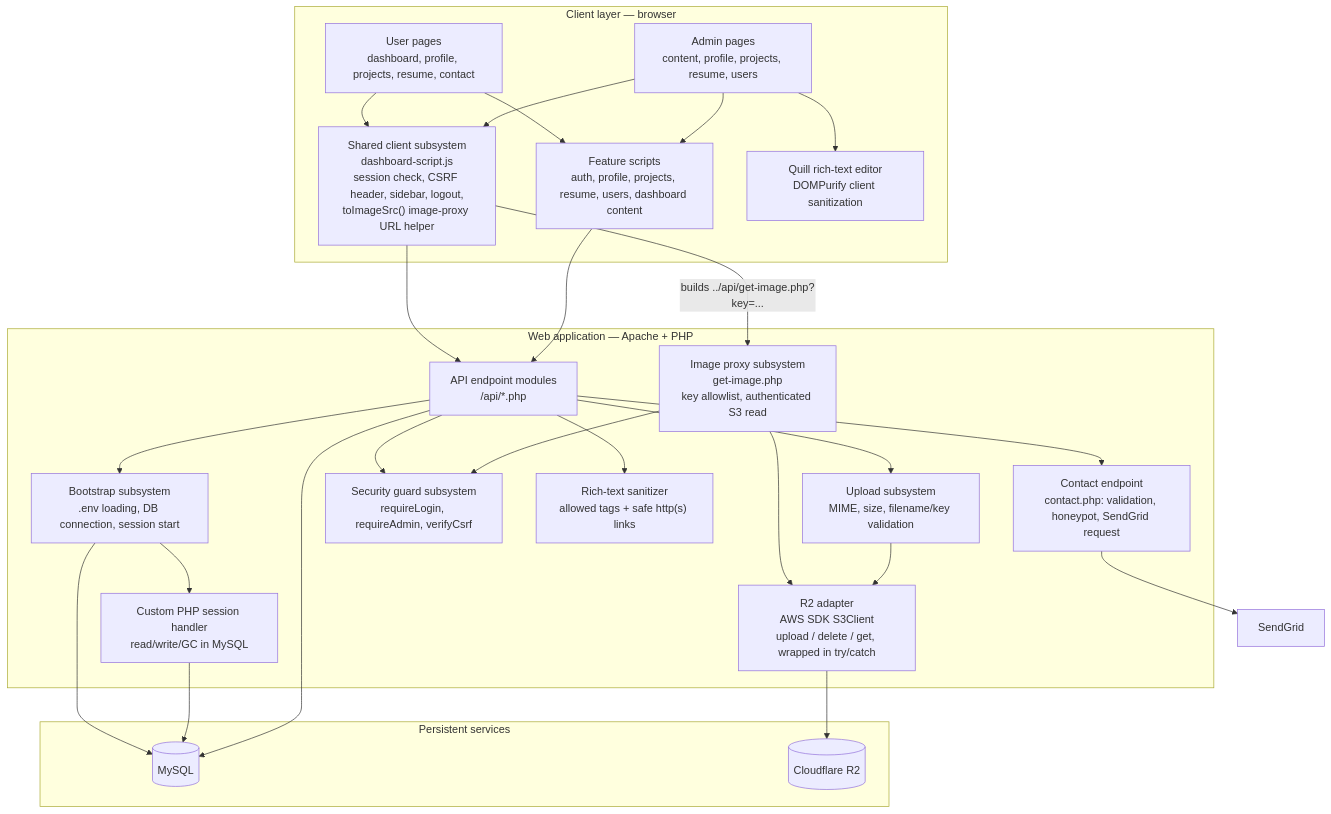
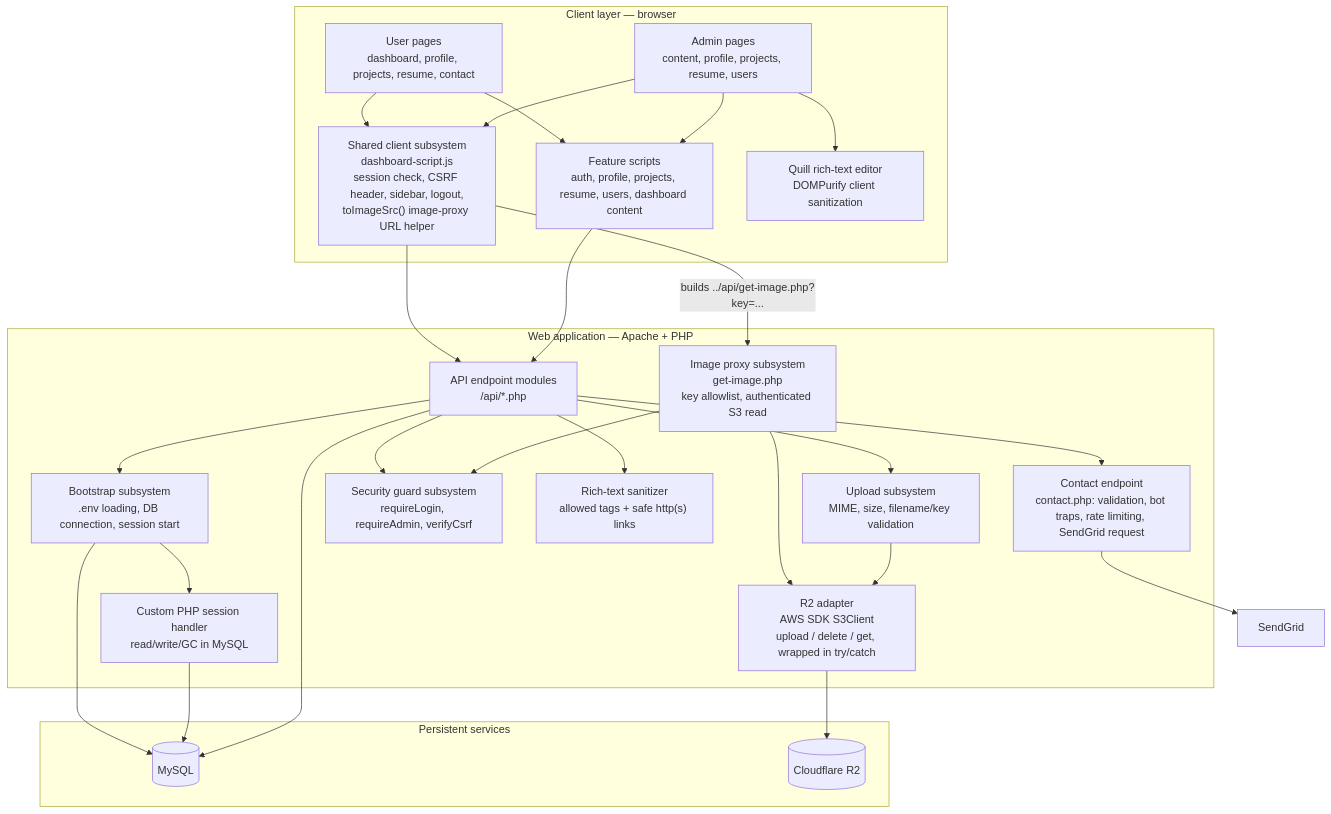
One commit to IntianDayor/login-dashboard-project changed the second of 7 diagrams in SYSTEM_ARCHITECTURE.md. Above: the diagram before and after it, drawn with Mermaid. The commit also changed other lines of this file and 1 other file, not shown here.

````diff
--- a/SYSTEM_ARCHITECTURE.md
+++ b/SYSTEM_ARCHITECTURE.md
@@ -36,50 +36,50 @@
 ```mermaid
 flowchart TB
     subgraph Client["Client layer — browser"]
         Public["User pages\ndashboard, profile, projects, resume, contact"]
         AdminUI["Admin pages\ncontent, profile, projects, resume, users"]
         SharedJS["Shared client subsystem\ndashboard-script.js\nsession check, CSRF header, sidebar, logout,\ntoImageSrc() image-proxy URL helper"]
         FeatureJS["Feature scripts\nauth, profile, projects, resume, users, dashboard content"]
         Editors["Quill rich-text editor\nDOMPurify client sanitization"]
     end
 
     subgraph App["Web application — Apache + PHP"]
         Endpoints["API endpoint modules\n/api/*.php"]
-        Contact["Contact endpoint\ncontact.php: validation, honeypot, SendGrid request"]
+        Contact["Contact endpoint\ncontact.php: validation, bot traps, rate limiting, SendGrid request"]
         Bootstrap["Bootstrap subsystem\n.env loading, DB connection, session start"]
         Guard["Security guard subsystem\nrequireLogin, requireAdmin, verifyCsrf"]
         Sanitizer["Rich-text sanitizer\nallowed tags + safe http(s) links"]
         Upload["Upload subsystem\nMIME, size, filename/key validation"]
         ImageProxy["Image proxy subsystem\nget-image.php\nkey allowlist, authenticated S3 read"]
         R2Adapter["R2 adapter\nAWS SDK S3Client\nupload / delete / get, wrapped in try/catch"]
         SessionHandler["Custom PHP session handler\nread/write/GC in MySQL"]
     end
 
     subgraph Persistence["Persistent services"]
         MySQL[("MySQL")]
         R2[("Cloudflare R2")]
     end
 
     Public --> SharedJS
     AdminUI --> SharedJS
     AdminUI --> Editors
     Public --> FeatureJS
     AdminUI --> FeatureJS
     SharedJS --> Endpoints
     FeatureJS --> Endpoints
     SharedJS -->|"builds ../api/get-image.php?key=..."| ImageProxy
     Endpoints --> Bootstrap
     Endpoints --> Guard
     Endpoints --> Sanitizer
     Endpoints --> Upload
     ImageProxy --> Guard
     ImageProxy --> R2Adapter
     Bootstrap --> SessionHandler
     Bootstrap --> MySQL
     SessionHandler --> MySQL
     Upload --> R2Adapter
     R2Adapter --> R2
     Endpoints --> MySQL
     Endpoints --> Contact
     Contact --> SendGrid
 ```
````
